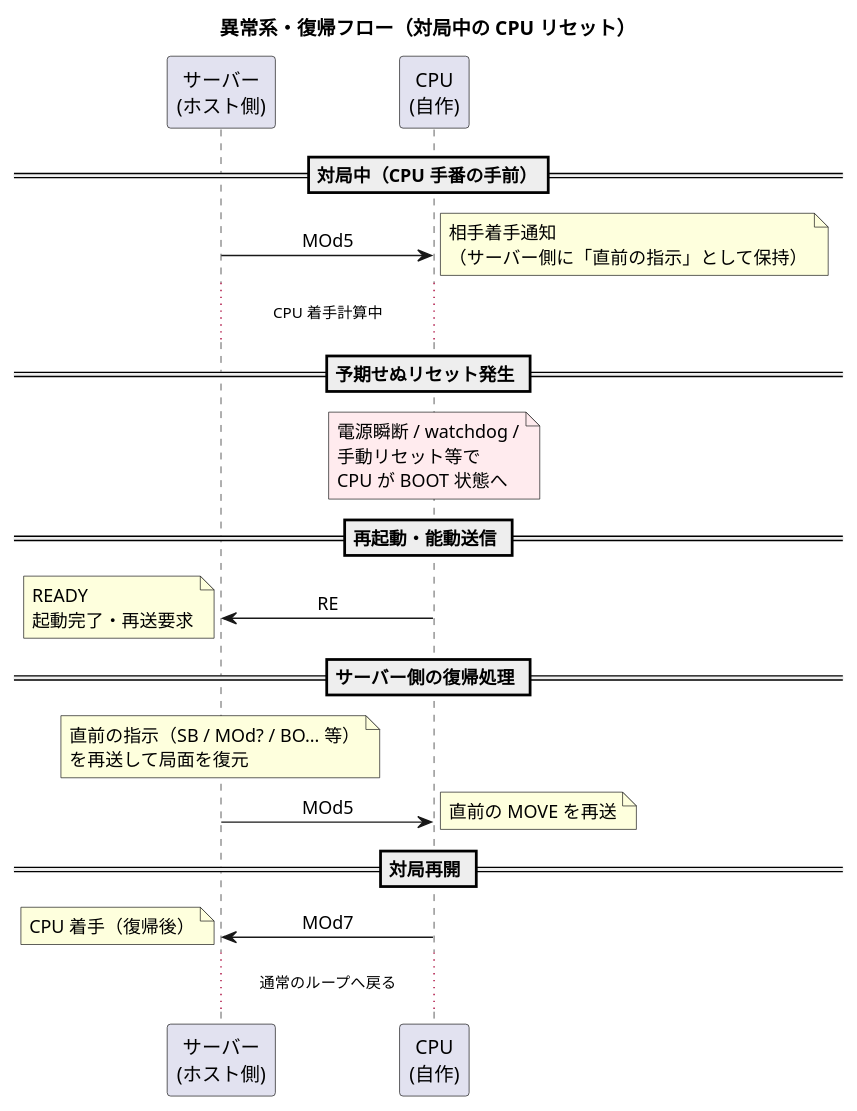
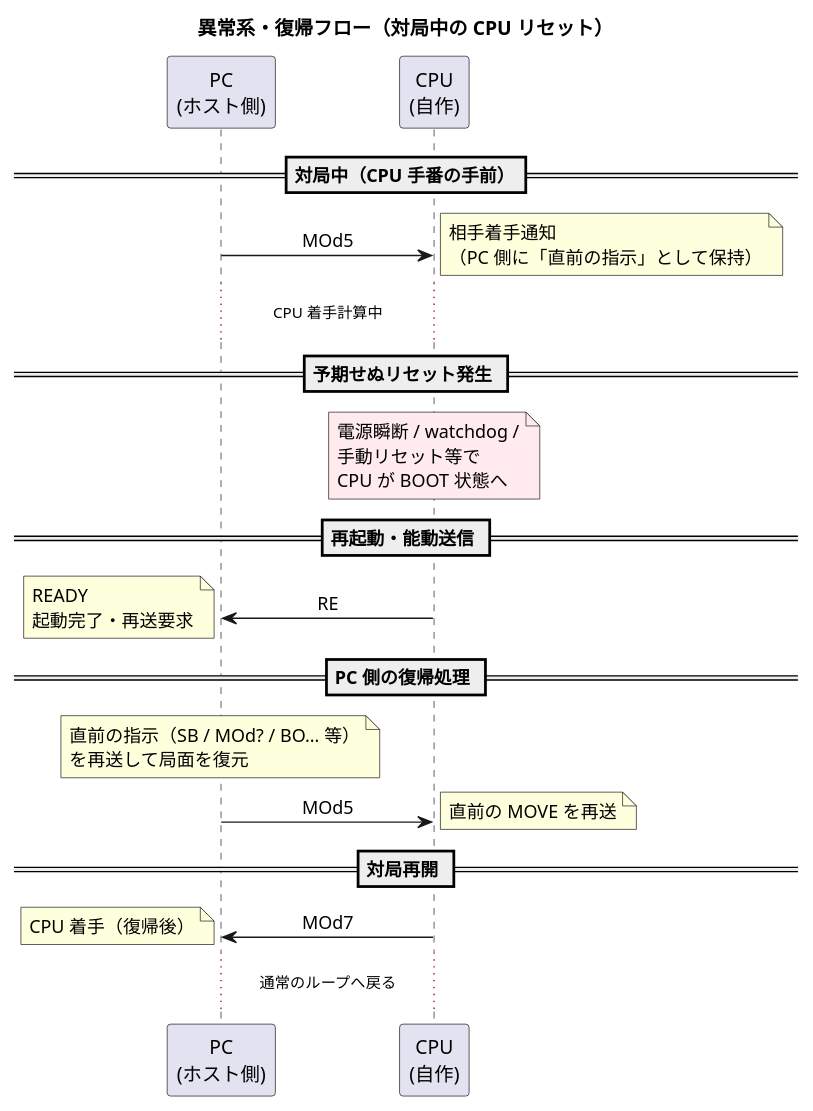
One commit to open-tommie/reversi-uart-protocol changed the diagram in flow-recovery.puml. Above: the diagram before and after it, drawn with PlantUML. The commit also changed 14 other files, not shown here.

```diff
--- a/flow-recovery.puml
+++ b/flow-recovery.puml
@@ -1,40 +1,40 @@
 @startuml 61-flow-recovery
 title 異常系・復帰フロー（対局中の CPU リセット）
 
 skinparam shadowing false
 skinparam sequenceMessageAlign center
 skinparam ParticipantPadding 40
 
-participant "サーバー\n(ホスト側)" as S
+participant "PC\n(ホスト側)" as S
 participant "CPU\n(自作)" as C
 
 == 対局中（CPU 手番の手前）==
 S -> C : MOd5
-note right : 相手着手通知\n（サーバー側に「直前の指示」として保持）
+note right : 相手着手通知\n（PC 側に「直前の指示」として保持）
 ... CPU 着手計算中 ...
 
 == 予期せぬリセット発生 ==
 note over C #FFEBEE
   電源瞬断 / watchdog /
   手動リセット等で
   CPU が BOOT 状態へ
 end note
 
 == 再起動・能動送信 ==
 C -> S : RE
 note left : READY\n起動完了・再送要求
 
-== サーバー側の復帰処理 ==
+== PC 側の復帰処理 ==
 note over S
   直前の指示（SB / MOd? / BO... 等）
   を再送して局面を復元
 end note
 S -> C : MOd5
 note right : 直前の MOVE を再送
 
 == 対局再開 ==
 C -> S : MOd7
 note left : CPU 着手（復帰後）
 ... 通常のループへ戻る ...
 
 @enduml
```
